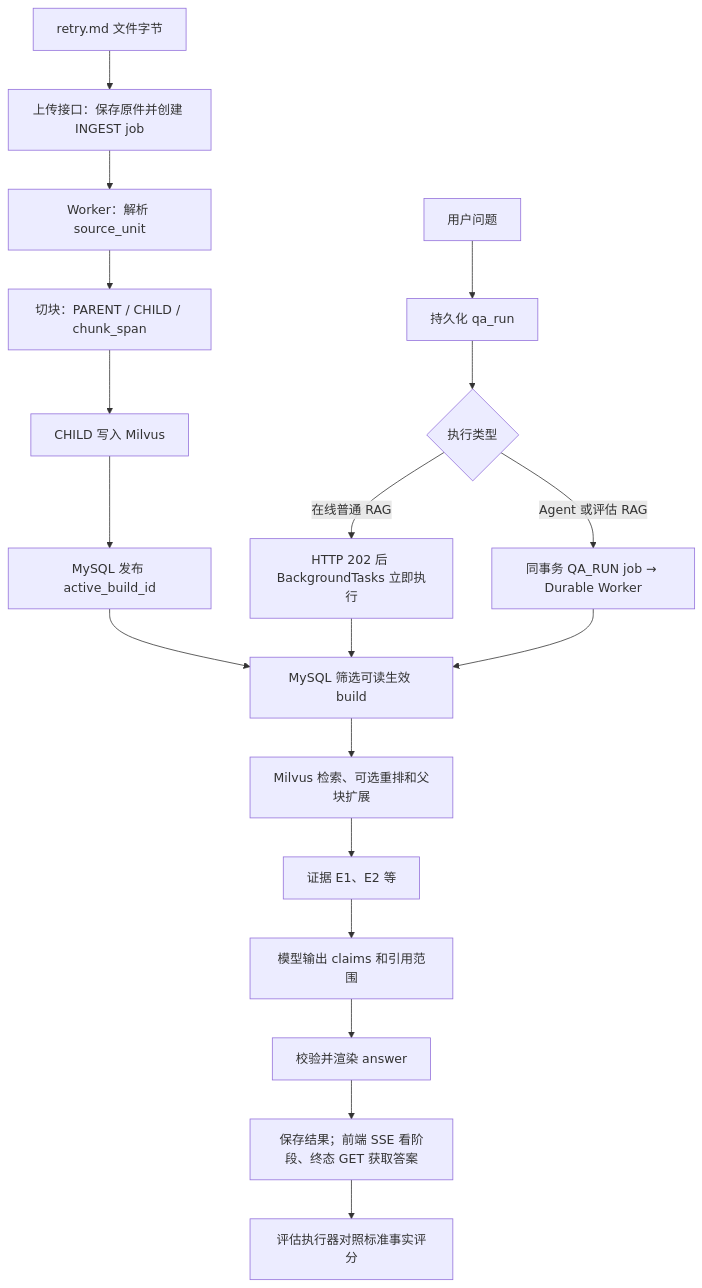
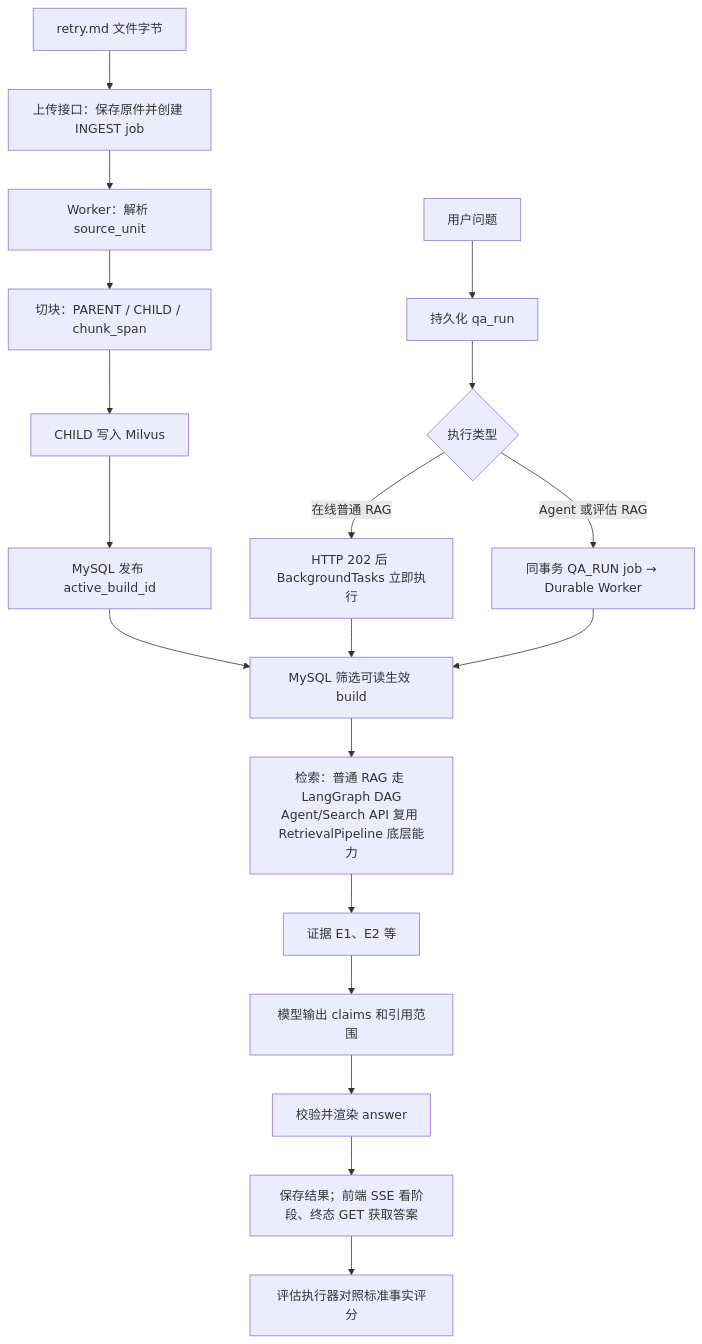
The diagram in docs/source-walkthrough.md (songsinfo/RAG), drawn with Mermaid before and after one commit. The commit also changed other lines of this file and 8 other files, not shown here.

First line of the commit message:
feat(rag): 用 LangGraph 编排普通 RAG 检索链路 (#13)

````diff
--- a/docs/source-walkthrough.md
+++ b/docs/source-walkthrough.md
@@ -46,21 +46,21 @@
 ```mermaid
 flowchart TD
     A[retry.md 文件字节] --> B[上传接口：保存原件并创建 INGEST job]
     B --> C[Worker：解析 source_unit]
     C --> D[切块：PARENT / CHILD / chunk_span]
     D --> E[CHILD 写入 Milvus]
     E --> F[MySQL 发布 active_build_id]
     Q[用户问题] --> R[持久化 qa_run]
     R --> ROUTE{执行类型}
     ROUTE -->|在线普通 RAG| DIRECT[HTTP 202 后 BackgroundTasks 立即执行]
     ROUTE -->|Agent 或评估 RAG| DURABLE[同事务 QA_RUN job → Durable Worker]
     F --> T[MySQL 筛选可读生效 build]
     DIRECT --> T
     DURABLE --> T
-    T --> U[Milvus 检索、可选重排和父块扩展]
+    T --> U[检索：普通 RAG 走 LangGraph DAG<br/>Agent/Search API 复用 RetrievalPipeline 底层能力]
     U --> V[证据 E1、E2 等]
     V --> W[模型输出 claims 和引用范围]
     W --> X[校验并渲染 answer]
     X --> Y[保存结果；前端 SSE 看阶段、终态 GET 获取答案]
     Y --> Z[评估执行器对照标准事实评分]
 ```
````
